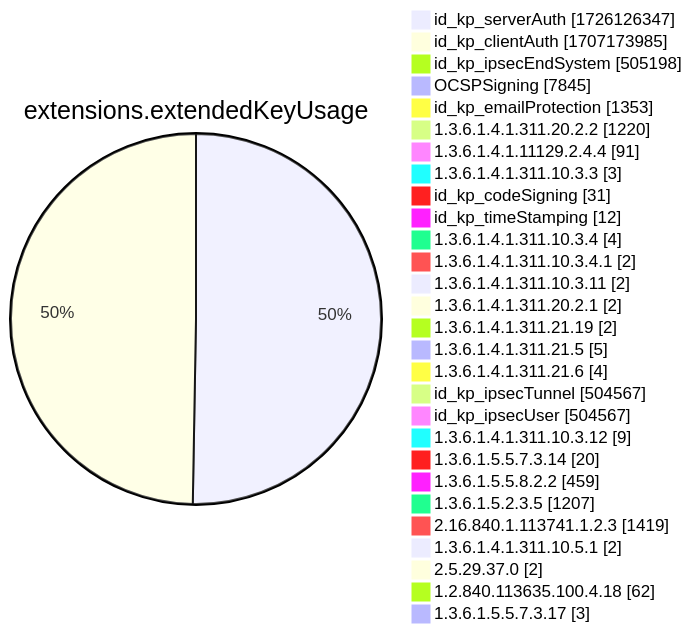
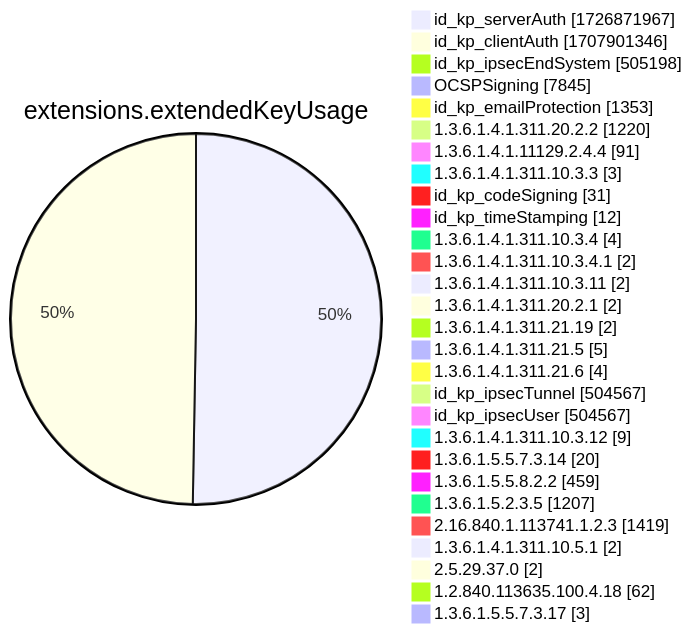
One commit to christiankrug/ctmonitor_visualization changed diagram 12 of 15 in xenon2022/README.md. Above: the diagram before and after it, drawn with Mermaid. The commit also changed other lines of this file, not shown here.

````diff
--- a/xenon2022/README.md
+++ b/xenon2022/README.md
@@ -3889,32 +3889,32 @@
 ```mermaid
 pie showData
 title extensions.extendedKeyUsage
-"id_kp_serverAuth" :1726126347
-"id_kp_clientAuth" :1707173985
+"id_kp_serverAuth" :1726871967
+"id_kp_clientAuth" :1707901346
 "id_kp_ipsecEndSystem" :505198
 "OCSPSigning" :7845
 "id_kp_emailProtection" :1353
 "1.3.6.1.4.1.311.20.2.2" :1220
 "1.3.6.1.4.1.11129.2.4.4" :91
 "1.3.6.1.4.1.311.10.3.3" :3
 "id_kp_codeSigning" :31
 "id_kp_timeStamping" :12
 "1.3.6.1.4.1.311.10.3.4" :4
 "1.3.6.1.4.1.311.10.3.4.1" :2
 "1.3.6.1.4.1.311.10.3.11" :2
 "1.3.6.1.4.1.311.20.2.1" :2
 "1.3.6.1.4.1.311.21.19" :2
 "1.3.6.1.4.1.311.21.5" :5
 "1.3.6.1.4.1.311.21.6" :4
 "id_kp_ipsecTunnel" :504567
 "id_kp_ipsecUser" :504567
 "1.3.6.1.4.1.311.10.3.12" :9
 "1.3.6.1.5.5.7.3.14" :20
 "1.3.6.1.5.5.8.2.2" :459
 "1.3.6.1.5.2.3.5" :1207
 "2.16.840.1.113741.1.2.3" :1419
 "1.3.6.1.4.1.311.10.5.1" :2
 "2.5.29.37.0" :2
 "1.2.840.113635.100.4.18" :62
 "1.3.6.1.5.5.7.3.17" :3
 ```
````
